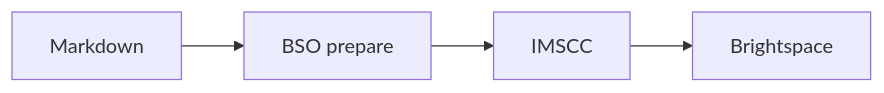
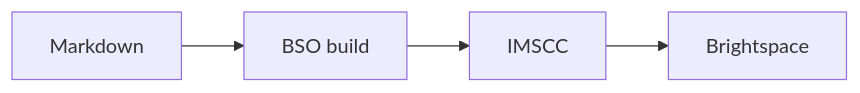
One commit to bartvanderwal/brightspacosaurus changed the second of 2 diagrams in examples/demo-course/lessons/week-2/lesson-1-diagrams-and-svg.md. Above: the diagram before and after it, drawn with Mermaid. The commit also changed 3 other files, not shown here.

````diff
--- a/examples/demo-course/lessons/week-2/lesson-1-diagrams-and-svg.md
+++ b/examples/demo-course/lessons/week-2/lesson-1-diagrams-and-svg.md
@@ -21,6 +21,6 @@
 ```mermaid
 flowchart LR
-  Source[Markdown] --> BSO[BSO prepare]
+  Source[Markdown] --> BSO[BSO build]
   BSO --> IMSCC[IMSCC]
   IMSCC --> Brightspace
 ```
````
